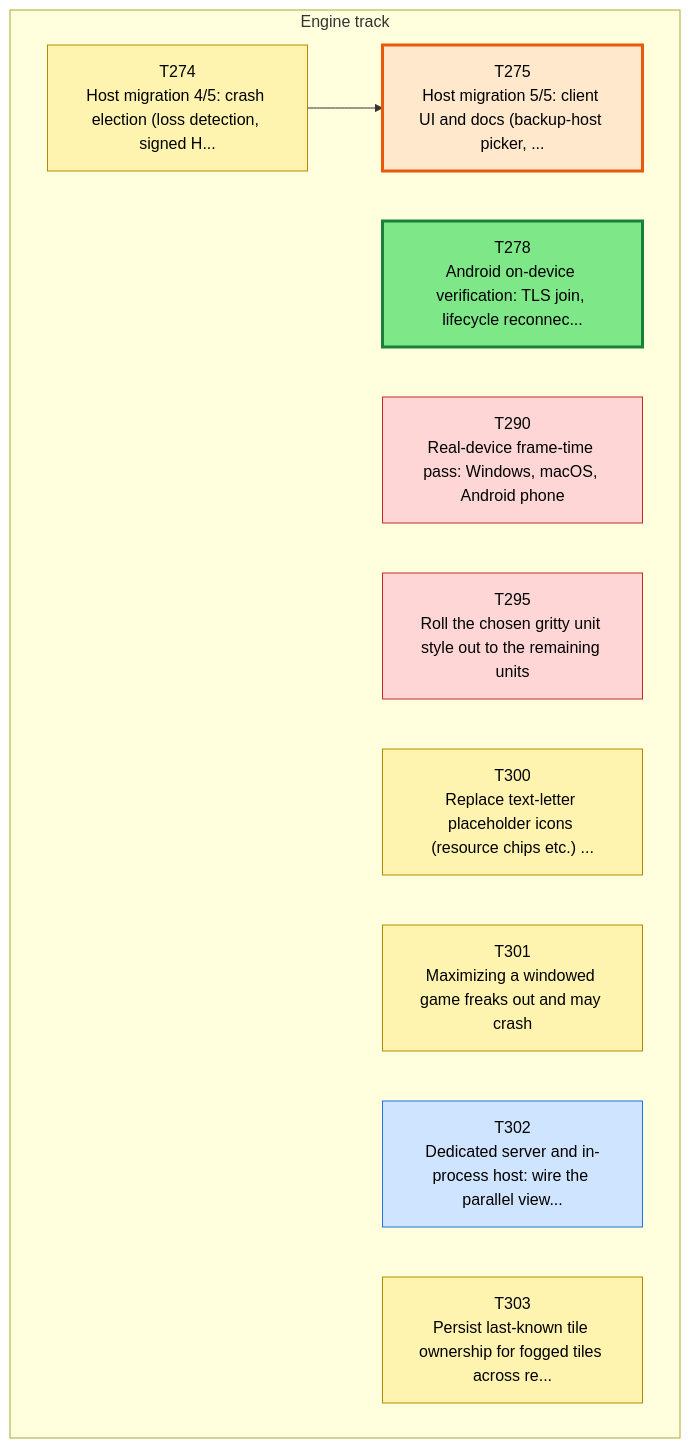
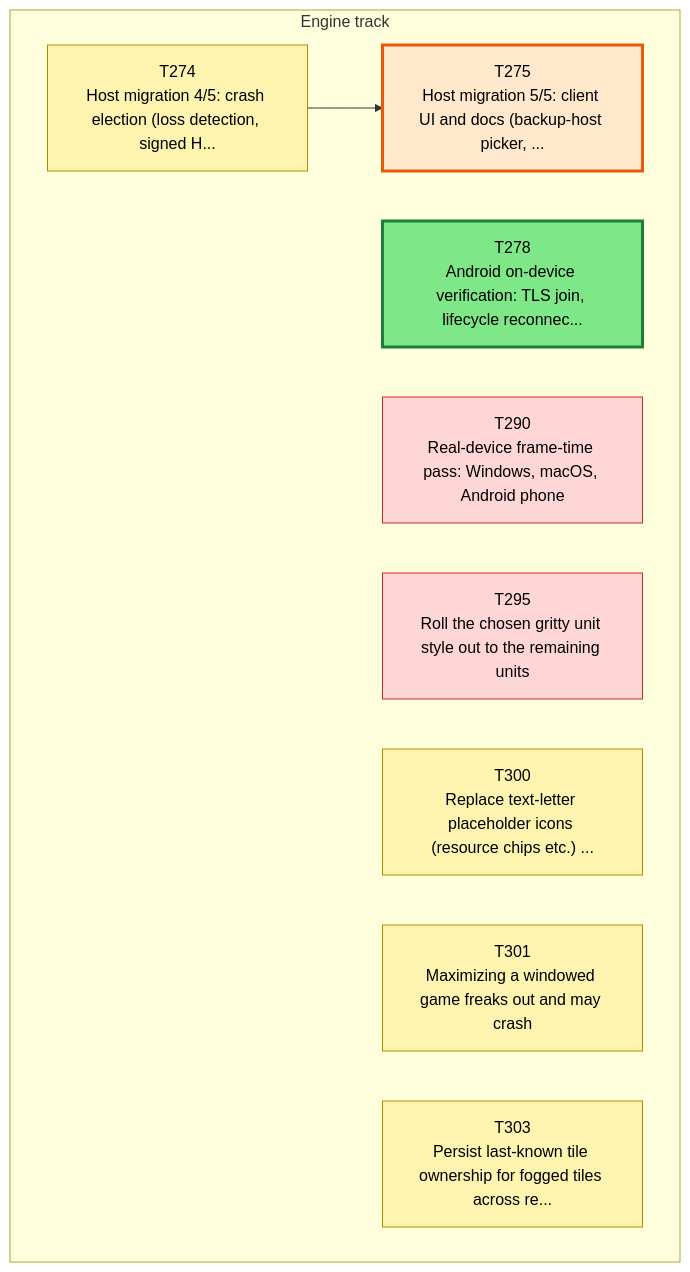
The first of 3 diagrams in csharp/migration/DEPENDENCY_MAP.md (Kenmura/Unciv), drawn with Mermaid before and after one commit. The commit also changed other lines of this file and 1 other file, not shown here.

Commit message:
migration: review T302 pass [Claude]

````diff
--- a/csharp/migration/DEPENDENCY_MAP.md
+++ b/csharp/migration/DEPENDENCY_MAP.md
@@ -35,31 +35,29 @@
 ```mermaid
 flowchart TD
   subgraph TTRACK["Engine track"]
     T274["T274<br/>Host migration 4/5: crash election (loss detection, signed H..."]
     T275["T275<br/>Host migration 5/5: client UI and docs (backup-host picker, ..."]
     T278["T278<br/>Android on-device verification: TLS join, lifecycle reconnec..."]
     T290["T290<br/>Real-device frame-time pass: Windows, macOS, Android phone"]
     T295["T295<br/>Roll the chosen gritty unit style out to the remaining units"]
     T300["T300<br/>Replace text-letter placeholder icons (resource chips etc.) ..."]
     T301["T301<br/>Maximizing a windowed game freaks out and may crash"]
-    T302["T302<br/>Dedicated server and in-process host: wire the parallel view..."]
     T303["T303<br/>Persist last-known tile ownership for fogged tiles across re..."]
   end
   T274 --> T275
   classDef waiting fill:#f3faf3,stroke:#9bc49b,color:#555,stroke-dasharray:2 2
   classDef ondeck fill:#ffe8cc,stroke:#e8590c,stroke-width:3px,color:#000
   classDef ready fill:#7ee787,stroke:#1a7f37,stroke-width:3px,color:#000
   classDef prog fill:#fff3b0,stroke:#b58900,color:#000
   classDef review fill:#cfe4ff,stroke:#1f6feb,color:#000
   classDef blocked fill:#ffd6d6,stroke:#c62828,color:#000
   classDef done fill:#eeeeee,stroke:#999999,color:#666,stroke-dasharray:4 3
   class T274 prog
   class T275 ondeck
   class T278 ready
   class T290 blocked
   class T295 blocked
   class T300 prog
   class T301 prog
-  class T302 review
   class T303 prog
 ```
````
